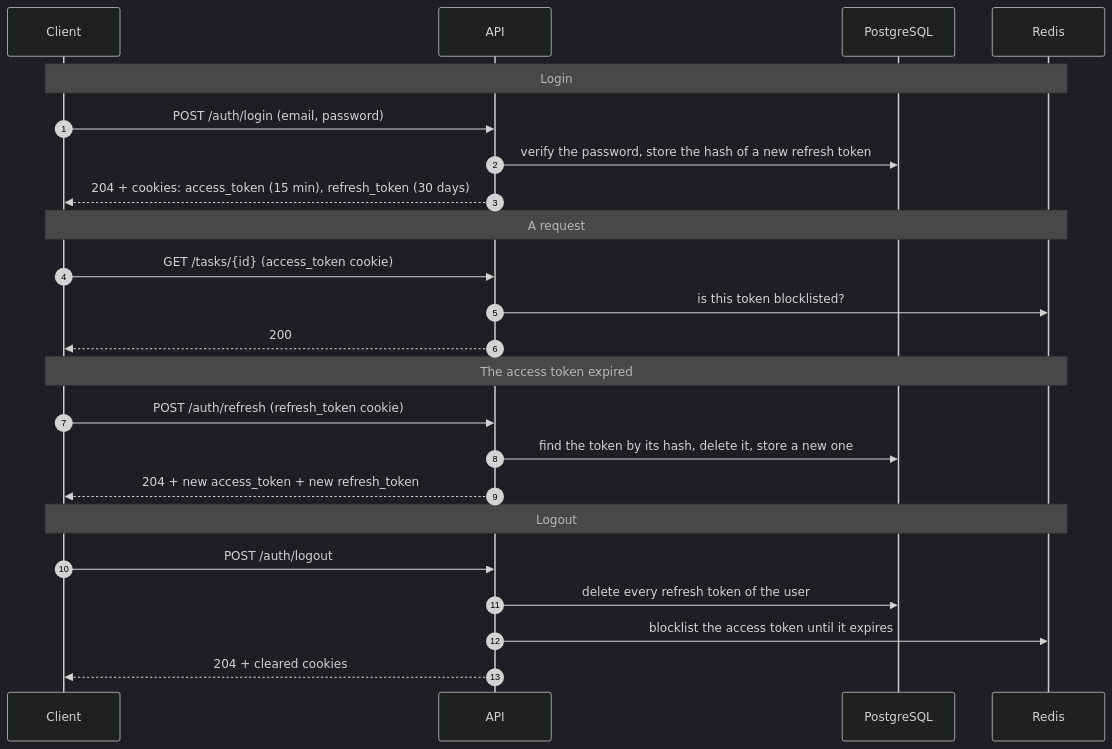
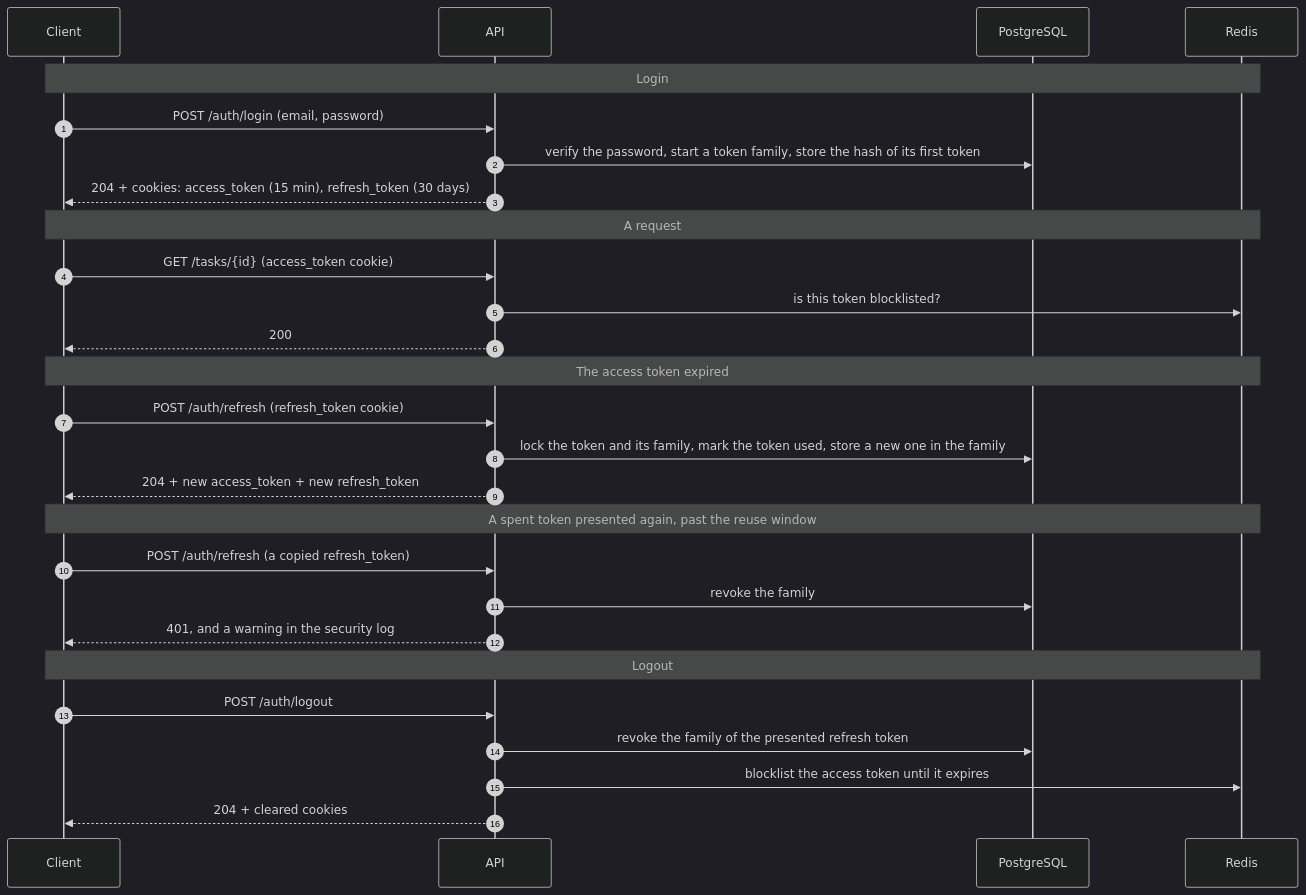
Before and after one commit to NikitaSomik/symfony-todo-app: the third of 5 diagrams in docs/architecture.md, drawn with Mermaid (dark theme). The commit also changed other lines of this file and 27 other files, not shown here.

Commit message:
feat(auth): revoke the session when a spent refresh token is presented again (#93)

````diff
--- a/docs/architecture.md
+++ b/docs/architecture.md
@@ -116,29 +116,34 @@
 ```mermaid
 sequenceDiagram
     autonumber
     participant C as Client
     participant A as API
     participant DB as PostgreSQL
     participant R as Redis
 
     Note over C,R: Login
     C->>A: POST /auth/login (email, password)
-    A->>DB: verify the password, store the hash of a new refresh token
+    A->>DB: verify the password, start a token family, store the hash of its first token
     A-->>C: 204 + cookies: access_token (15 min), refresh_token (30 days)
 
     Note over C,R: A request
     C->>A: GET /tasks/{id} (access_token cookie)
     A->>R: is this token blocklisted?
     A-->>C: 200
 
     Note over C,R: The access token expired
     C->>A: POST /auth/refresh (refresh_token cookie)
-    A->>DB: find the token by its hash, delete it, store a new one
+    A->>DB: lock the token and its family, mark the token used, store a new one in the family
     A-->>C: 204 + new access_token + new refresh_token
+
+    Note over C,R: A spent token presented again, past the reuse window
+    C->>A: POST /auth/refresh (a copied refresh_token)
+    A->>DB: revoke the family
+    A-->>C: 401, and a warning in the security log
 
     Note over C,R: Logout
     C->>A: POST /auth/logout
-    A->>DB: delete every refresh token of the user
+    A->>DB: revoke the family of the presented refresh token
     A->>R: blocklist the access token until it expires
     A-->>C: 204 + cleared cookies
 ```
````
